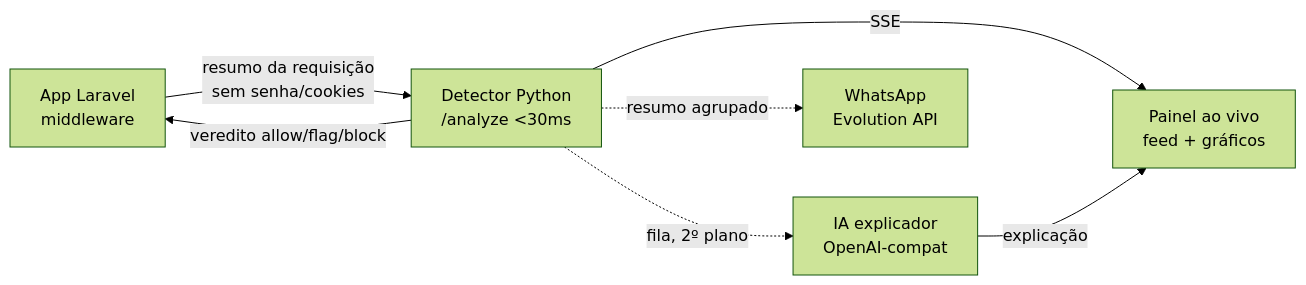
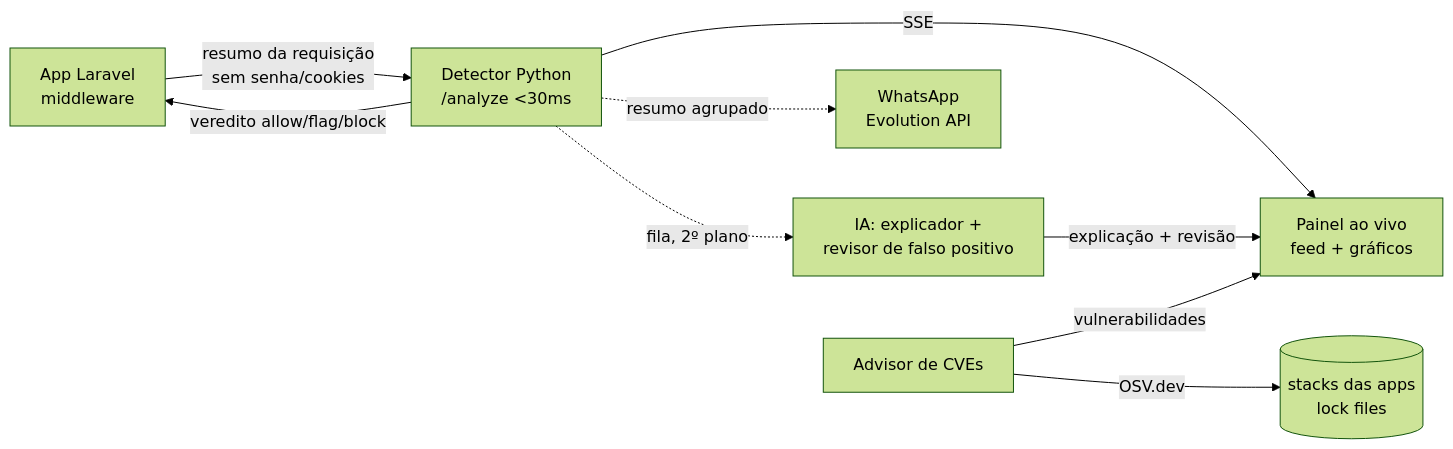
One commit to luqalefe/sentinela changed the diagram in README.md. Above: the diagram before and after it, drawn with Mermaid (forest theme). The commit also changed other lines of this file and 1 other file, not shown here.

Commit message:
docs: README e doc de IA incluem LLM-as-detector e advisor de CVEs (OSV.dev)

````diff
--- a/README.md
+++ b/README.md
@@ -42,9 +44,11 @@
 ```mermaid
 flowchart LR
     A[App Laravel<br/>middleware] -->|resumo da requisição<br/>sem senha/cookies| B[Detector Python<br/>/analyze &lt;30ms]
     B -->|veredito allow/flag/block| A
     B -->|SSE| C[Painel ao vivo<br/>feed + gráficos]
-    B -.->|fila, 2º plano| D[IA explicador<br/>OpenAI-compat]
+    B -.->|fila, 2º plano| D[IA: explicador +<br/>revisor de falso positivo]
     B -.->|resumo agrupado| E[WhatsApp<br/>Evolution API]
-    D -->|explicação| C
+    D -->|explicação + revisão| C
+    F[Advisor de CVEs] -->|OSV.dev| G[(stacks das apps<br/>lock files)]
+    F -->|vulnerabilidades| C
 ```
````
